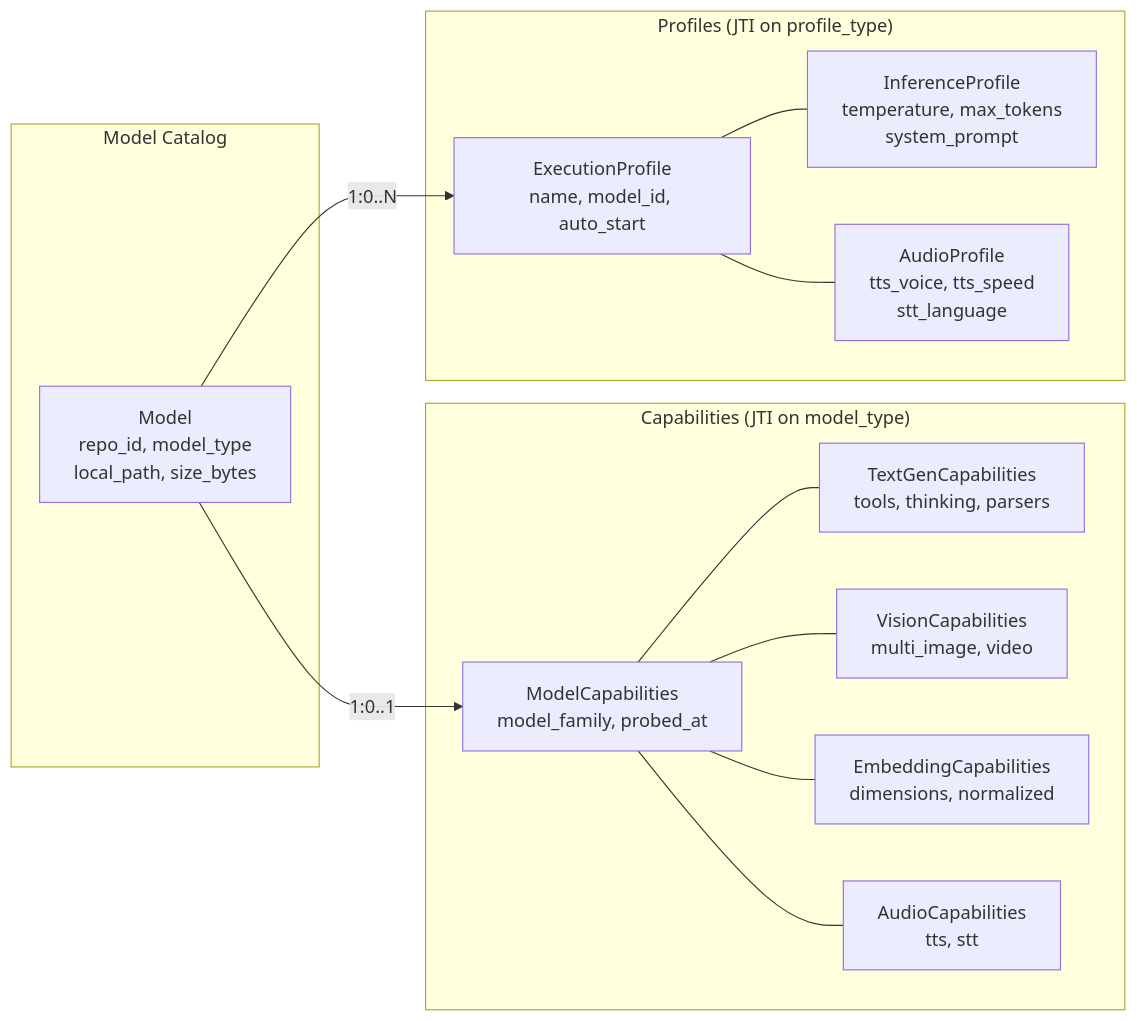
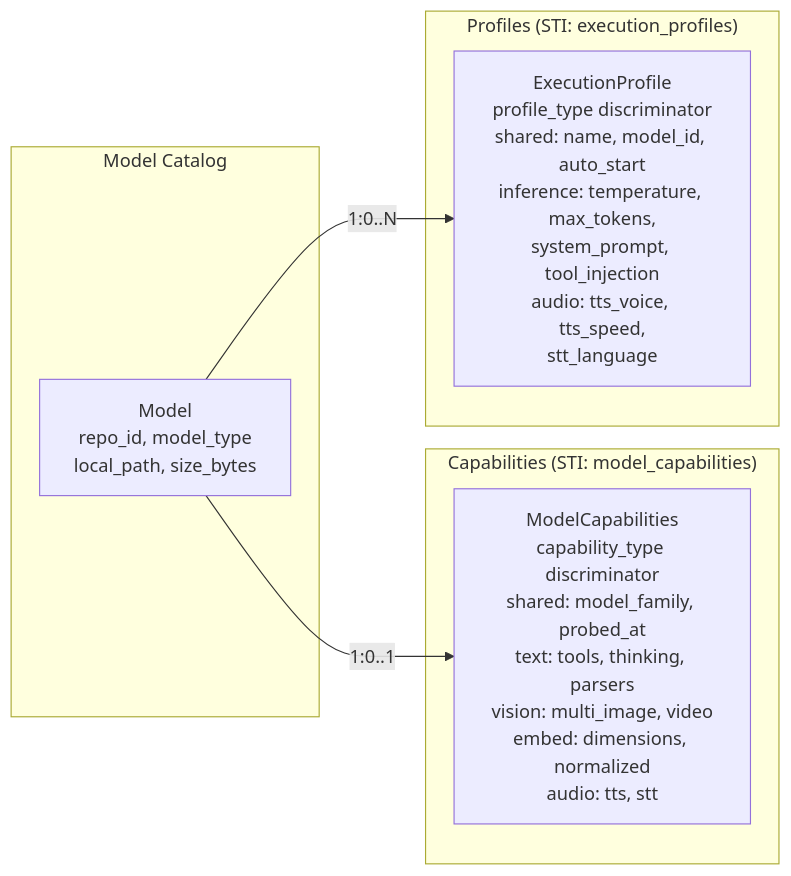
Before and after one commit to tumma72/mlx-manager: the second of 8 diagrams in docs/DATA_MODEL_REDESIGN.md, drawn with Mermaid. The commit also changed other lines of this file and 58 other files, not shown here.

First line of the commit message:
refactor: phases 3-5 - capability/profile polymorphism and DTO migration

````diff
--- a/docs/DATA_MODEL_REDESIGN.md
+++ b/docs/DATA_MODEL_REDESIGN.md
@@ -119,29 +125,17 @@
 ```mermaid
 graph LR
     subgraph "Model Catalog"
         MODEL[Model<br/>repo_id, model_type<br/>local_path, size_bytes]
     end
 
-    subgraph "Capabilities (JTI on model_type)"
-        CAP_BASE[ModelCapabilities<br/>model_family, probed_at]
-        CAP_TEXT[TextGenCapabilities<br/>tools, thinking, parsers]
-        CAP_VIS[VisionCapabilities<br/>multi_image, video]
-        CAP_EMB[EmbeddingCapabilities<br/>dimensions, normalized]
-        CAP_AUD[AudioCapabilities<br/>tts, stt]
-        CAP_BASE --- CAP_TEXT
-        CAP_BASE --- CAP_VIS
-        CAP_BASE --- CAP_EMB
-        CAP_BASE --- CAP_AUD
+    subgraph "Capabilities (STI: model_capabilities)"
+        CAP["ModelCapabilities<br/>capability_type discriminator<br/>shared: model_family, probed_at<br/>text: tools, thinking, parsers<br/>vision: multi_image, video<br/>embed: dimensions, normalized<br/>audio: tts, stt"]
     end
 
-    subgraph "Profiles (JTI on profile_type)"
-        PROF_BASE["ExecutionProfile<br/>name, model_id, auto_start"]
-        PROF_INF["InferenceProfile<br/>temperature, max_tokens<br/>system_prompt"]
-        PROF_AUD["AudioProfile<br/>tts_voice, tts_speed<br/>stt_language"]
-        PROF_BASE --- PROF_INF
-        PROF_BASE --- PROF_AUD
+    subgraph "Profiles (STI: execution_profiles)"
+        PROF["ExecutionProfile<br/>profile_type discriminator<br/>shared: name, model_id, auto_start<br/>inference: temperature, max_tokens,<br/>system_prompt, tool_injection<br/>audio: tts_voice, tts_speed,<br/>stt_language"]
     end
 
-    MODEL -- "1:0..1" --> CAP_BASE
-    MODEL -- "1:0..N" --> PROF_BASE
+    MODEL -- "1:0..1" --> CAP
+    MODEL -- "1:0..N" --> PROF
 ```
````
